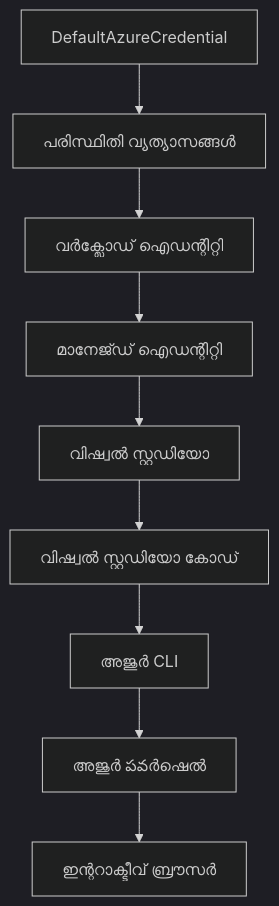
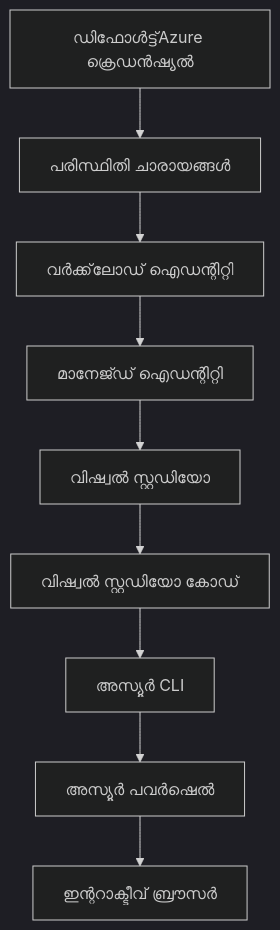
One commit to microsoft/AZD-for-beginners changed the second of 2 diagrams in translations/ml/docs/chapter-01-foundation/azd-basics.md. Above: the diagram before and after it, drawn with Mermaid (dark theme). The commit also changed other lines of this file and 1 other file, not shown here.

````diff
--- a/translations/ml/docs/chapter-01-foundation/azd-basics.md
+++ b/translations/ml/docs/chapter-01-foundation/azd-basics.md
@@ -606,11 +608,11 @@
 ```mermaid
 graph TD
-    A[DefaultAzureCredential] --> B[പരിസ്ഥിതി വ്യത്യാസങ്ങൾ]
-    B --> C[വർക്ലോഡ് ഐഡന്റിറ്റി]
+    A[ഡിഫോൾട്ട്Azure ക്രെഡൻഷ്യൽ] --> B[പരിസ്ഥിതി ചാരായങ്ങൾ]
+    B --> C[വർക്ക്‌ലോഡ് ഐഡന്റിറ്റി]
     C --> D[മാനേജ്ഡ് ഐഡന്റിറ്റി]
     D --> E[വിഷ്വൽ സ്റ്റുഡിയോ]
     E --> F[വിഷ്വൽ സ്റ്റുഡിയോ കോഡ്]
-    F --> G[അജുർ CLI]
-    G --> H[അജുർ పవർഷെൽ]
+    F --> G[അസ്യൂർ CLI]
+    G --> H[അസ്യൂർ പവർഷെൽ]
     H --> I[ഇന്ററാക്ടീവ് ബ്രൗസർ]
 ```
````
